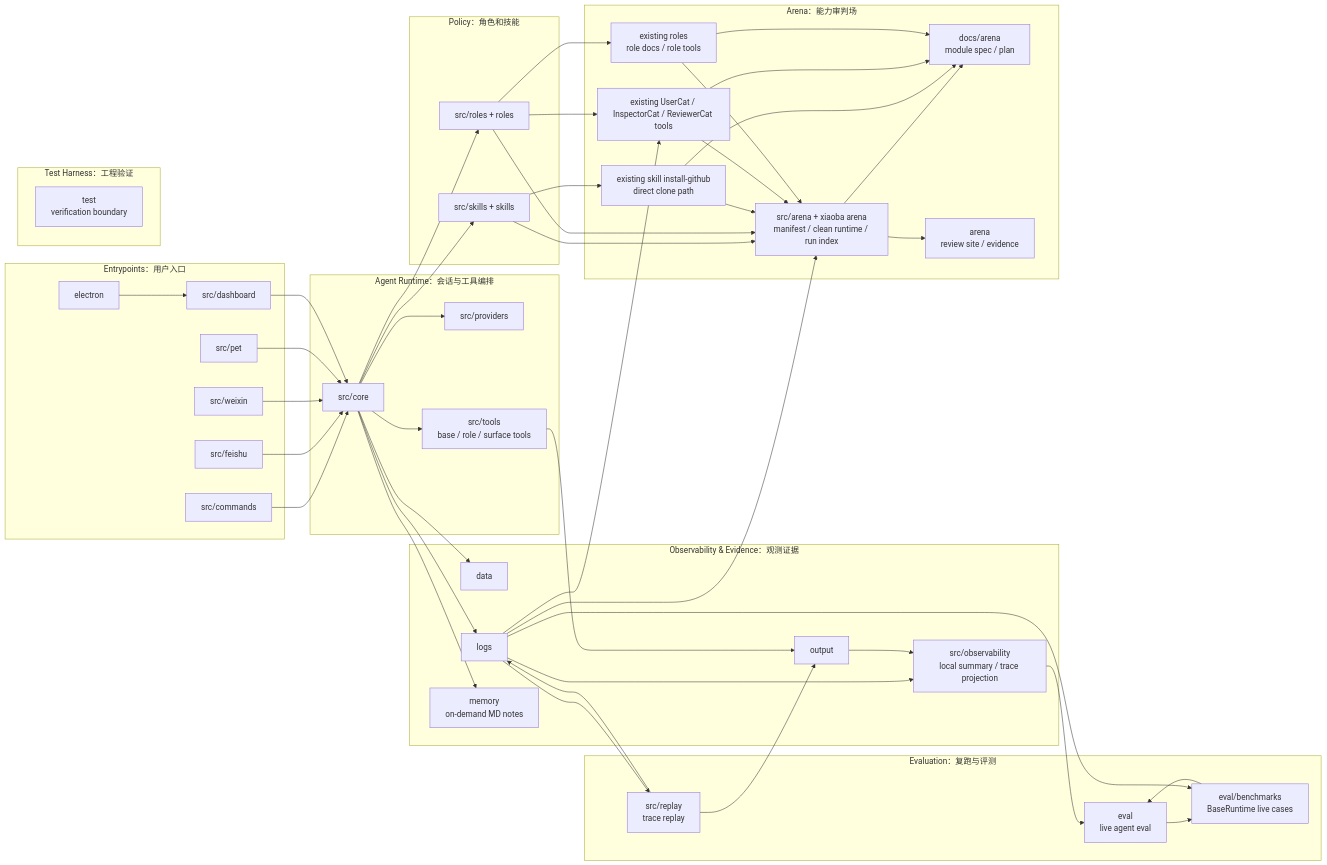
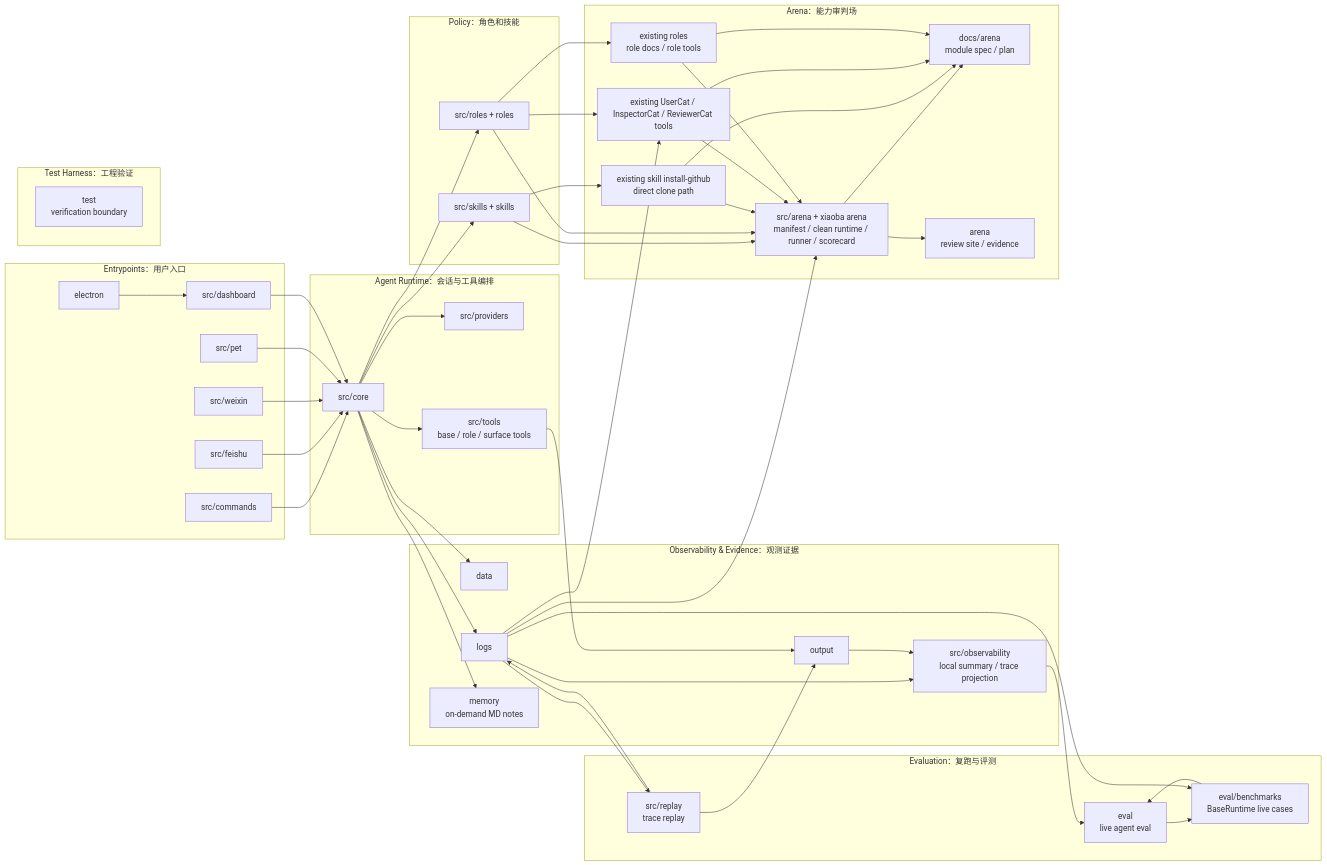
One commit to fightheyyy/XiaoBa-CLI changed the first of 3 diagrams in docs/SPEC.md. Above: the diagram before and after it, drawn with Mermaid. The commit also changed other lines of this file and 65 other files, not shown here.

```diff
--- a/docs/SPEC.md
+++ b/docs/SPEC.md
@@ -100,7 +102,7 @@
     subgraph ArenaModule["Arena：能力审判场"]
         ArenaDocs["docs/arena<br/>module spec / plan"]
         ArenaSite["arena<br/>review site / evidence"]
-        ArenaCtl["src/arena + xiaoba arena<br/>manifest / clean runtime / run index"]
+        ArenaCtl["src/arena + xiaoba arena<br/>manifest / clean runtime / runner / scorecard"]
         ExistingSkillCmd["existing skill install-github<br/>direct clone path"]
         ExistingArenaInputs["existing UserCat / InspectorCat / ReviewerCat tools"]
         ExistingRoleInputs["existing roles<br/>role docs / role tools"]
```
